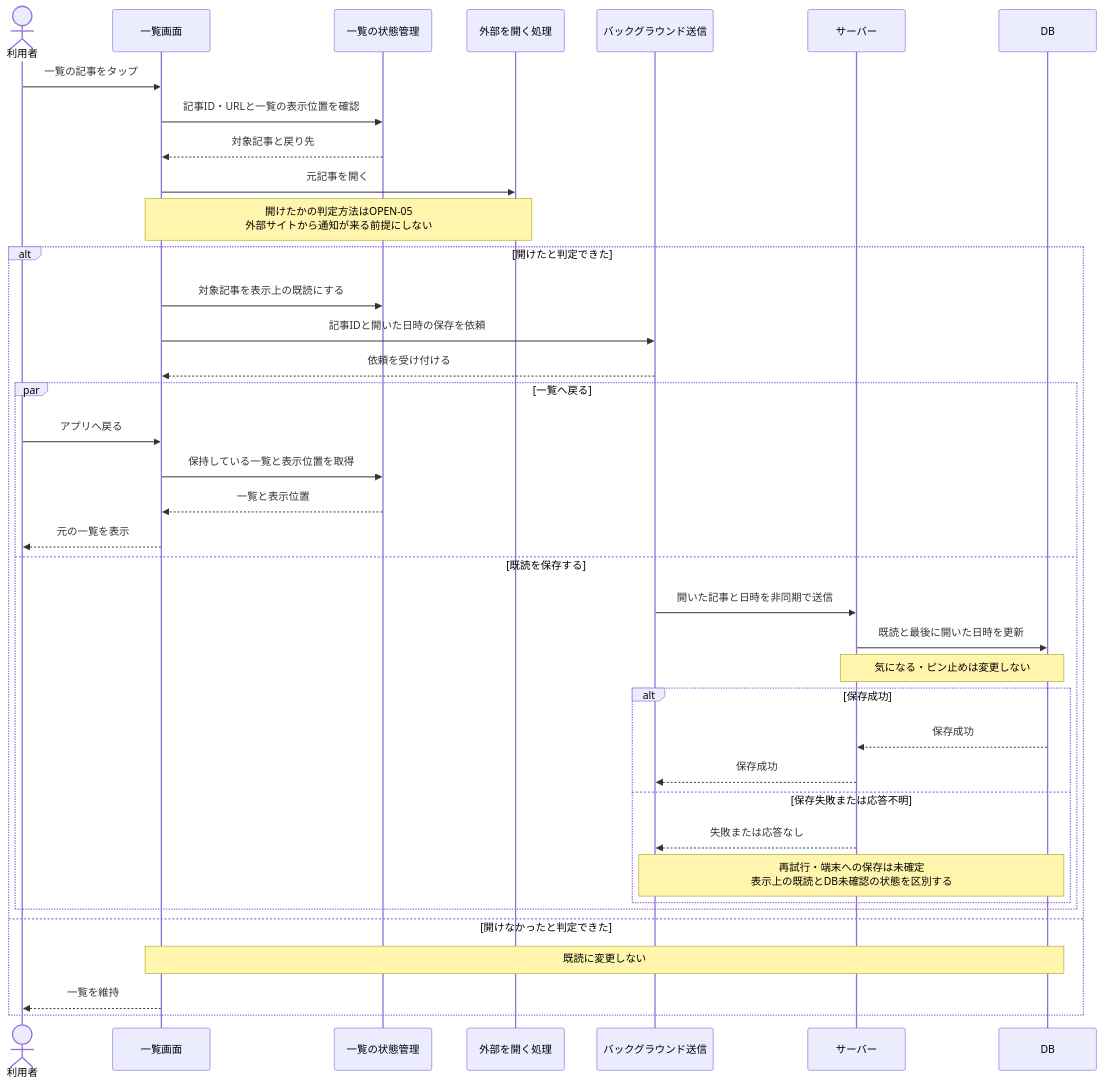
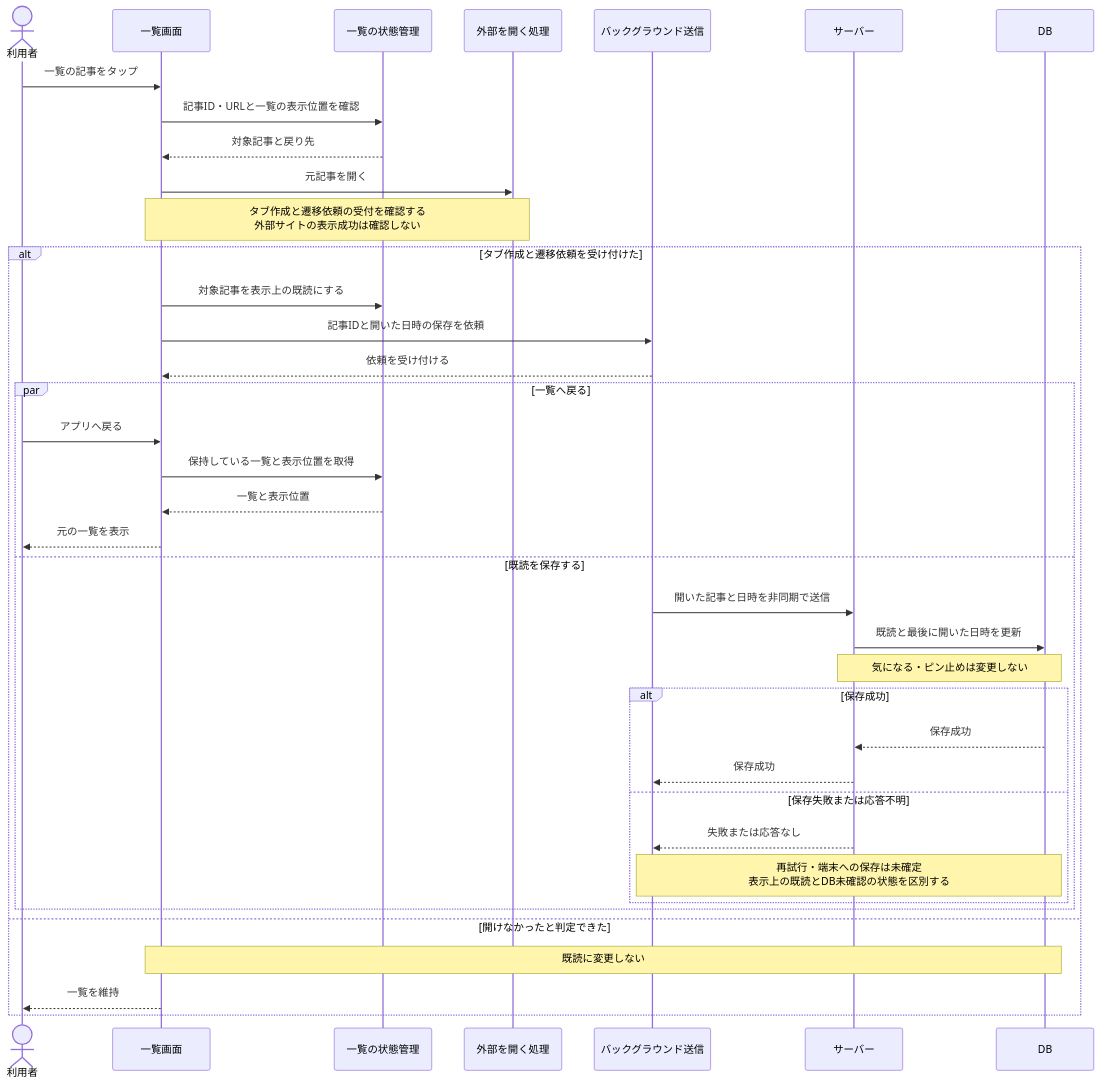
The fifth of 5 diagrams in docs/sequences-list.md (BeppuKanato/it-discovery), drawn with Mermaid before and after one commit. The commit also changed other lines of this file and 6 other files, not shown here.

````diff
--- a/docs/sequences-list.md
+++ b/docs/sequences-list.md
@@ -212,42 +212,42 @@
 ```mermaid
 sequenceDiagram
     actor User as 利用者
     participant View as 一覧画面
     participant State as 一覧の状態管理
     participant Open as 外部を開く処理
     participant Background as バックグラウンド送信
     participant Server as サーバー
     participant DB as DB
 
     User->>View: 一覧の記事をタップ
     View->>State: 記事ID・URLと一覧の表示位置を確認
     State-->>View: 対象記事と戻り先
     View->>Open: 元記事を開く
-    Note over View,Open: 開けたかの判定方法はOPEN-05<br/>外部サイトから通知が来る前提にしない
+    Note over View,Open: タブ作成と遷移依頼の受付を確認する<br/>外部サイトの表示成功は確認しない
 
-    alt 開けたと判定できた
+    alt タブ作成と遷移依頼を受け付けた
         View->>State: 対象記事を表示上の既読にする
         View->>Background: 記事IDと開いた日時の保存を依頼
         Background-->>View: 依頼を受け付ける
         par 一覧へ戻る
             User->>View: アプリへ戻る
             View->>State: 保持している一覧と表示位置を取得
             State-->>View: 一覧と表示位置
             View-->>User: 元の一覧を表示
         and 既読を保存する
             Background->>Server: 開いた記事と日時を非同期で送信
             Server->>DB: 既読と最後に開いた日時を更新
             Note over Server,DB: 気になる・ピン止めは変更しない
             alt 保存成功
                 DB-->>Server: 保存成功
                 Server-->>Background: 保存成功
             else 保存失敗または応答不明
                 Server-->>Background: 失敗または応答なし
                 Note over Background,DB: 再試行・端末への保存は未確定<br/>表示上の既読とDB未確認の状態を区別する
             end
         end
     else 開けなかったと判定できた
         Note over View,DB: 既読に変更しない
         View-->>User: 一覧を維持
     end
 ```
````
